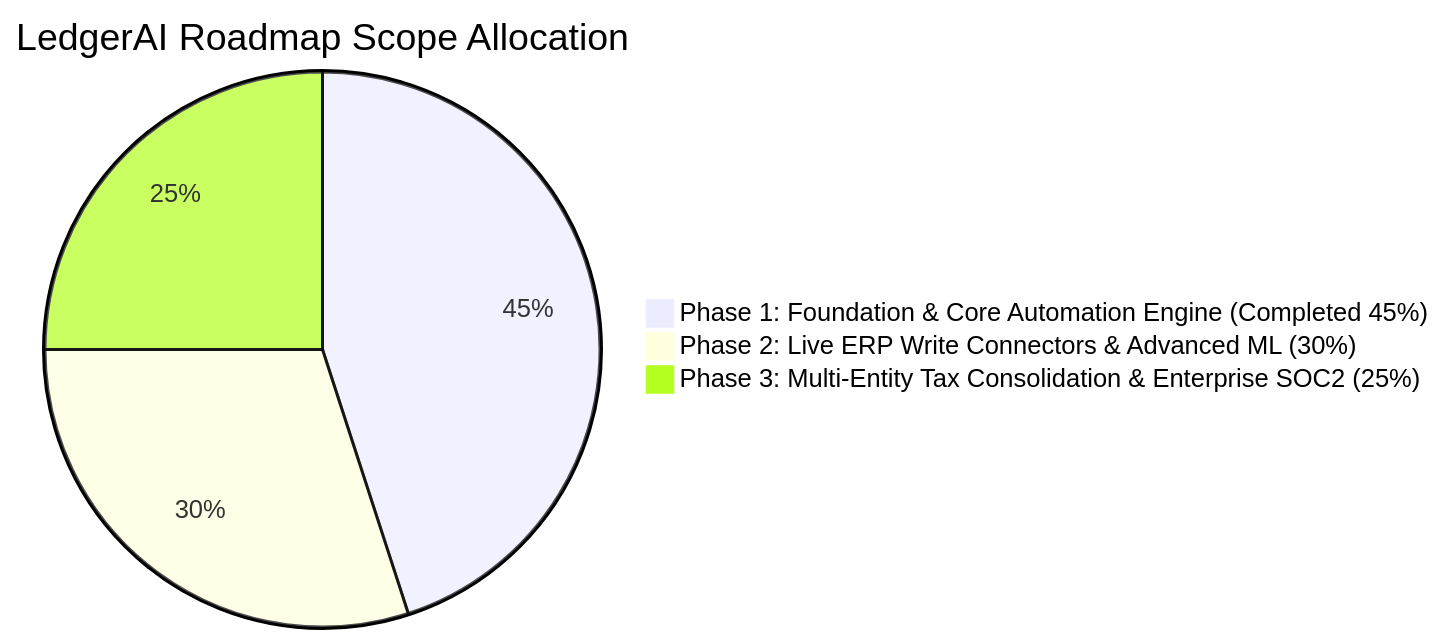
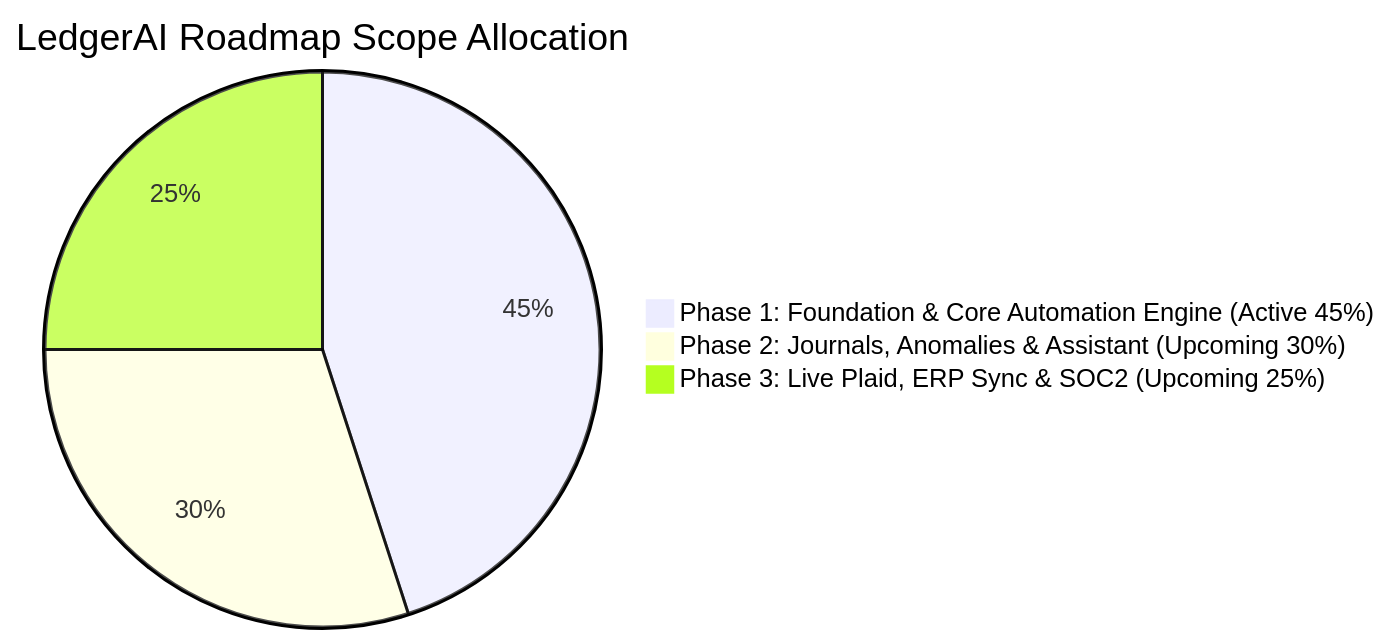
Before and after one commit to vitstudents/ricoz: the diagram in docs/PRD_45_PERCENT.md, drawn with Mermaid. The commit also changed other lines of this file and 7 other files, not shown here.

````diff
--- a/docs/PRD_45_PERCENT.md
+++ b/docs/PRD_45_PERCENT.md
@@ -44,6 +40,6 @@
 ```mermaid
 pie title LedgerAI Roadmap Scope Allocation
-    "Phase 1: Foundation & Core Automation Engine (Completed 45%)" : 45
-    "Phase 2: Live ERP Write Connectors & Advanced ML (30%)" : 30
-    "Phase 3: Multi-Entity Tax Consolidation & Enterprise SOC2 (25%)" : 25
+    "Phase 1: Foundation & Core Automation Engine (Active 45%)" : 45
+    "Phase 2: Journals, Anomalies & Assistant (Upcoming 30%)" : 30
+    "Phase 3: Live Plaid, ERP Sync & SOC2 (Upcoming 25%)" : 25
 ```
````
